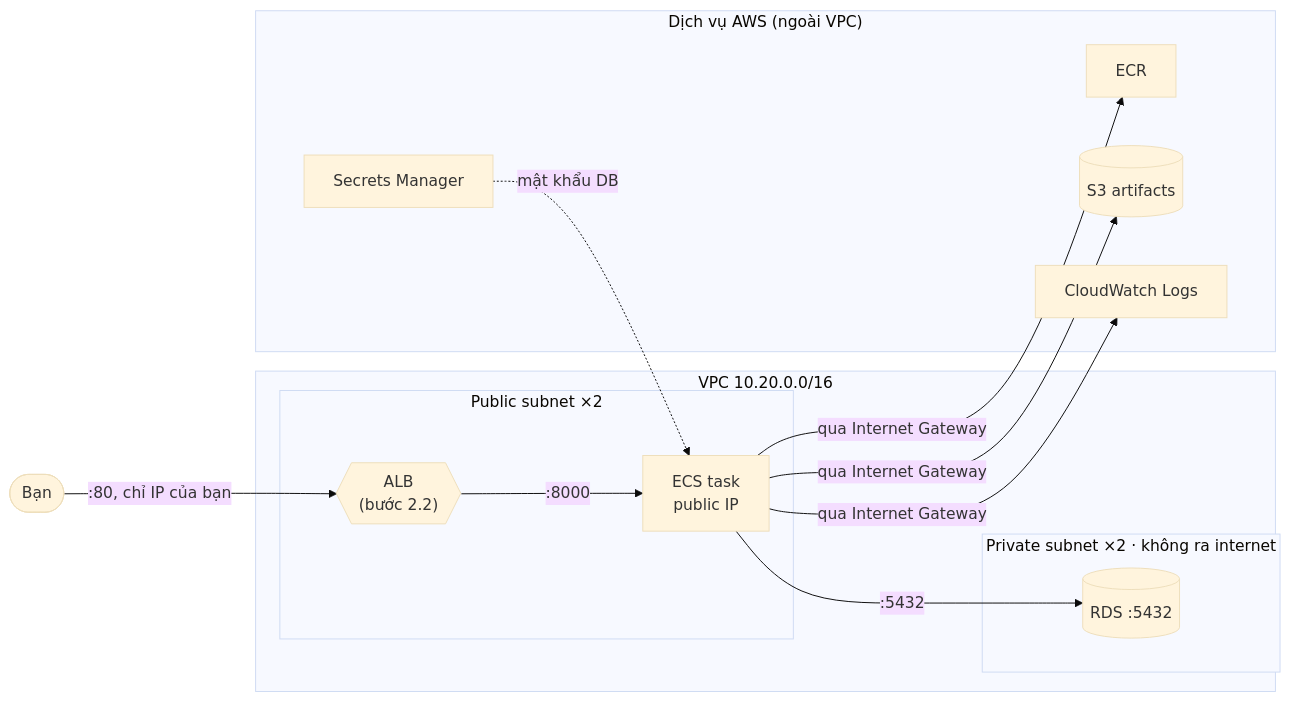
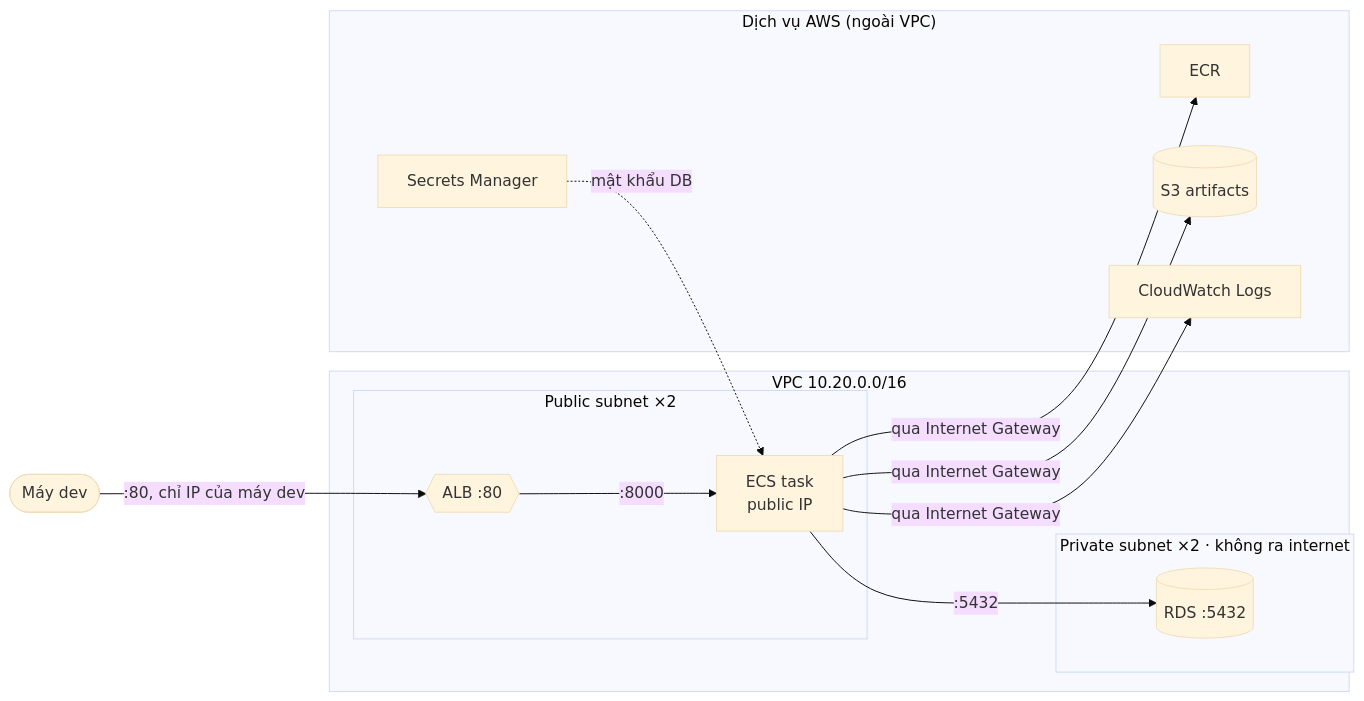
One commit to Gaohonggg/GeolifeGPS-trajectory changed the third of 8 diagrams in docs/infra/overview.md. Above: the diagram before and after it, drawn with Mermaid (base theme). The commit also changed other lines of this file and 2 other files, not shown here.

````diff
--- a/docs/infra/overview.md
+++ b/docs/infra/overview.md
@@ -76,23 +79,23 @@
 ```mermaid
 flowchart LR
-  you(["Bạn"])
+  you(["Máy dev"])
   subgraph vpc["VPC 10.20.0.0/16"]
     subgraph pub["Public subnet ×2"]
-      alb{{"ALB<br/>(bước 2.2)"}}
+      alb{{"ALB :80"}}
       task["ECS task<br/>public IP"]
     end
     subgraph priv["Private subnet ×2 · không ra internet"]
       rds[("RDS :5432")]
     end
   end
   subgraph svc["Dịch vụ AWS (ngoài VPC)"]
     ecr["ECR"]
     s3[("S3 artifacts")]
     sm["Secrets Manager"]
     cw["CloudWatch Logs"]
   end
 
-  you -->|":80, chỉ IP của bạn"| alb -->|":8000"| task -->|":5432"| rds
+  you -->|":80, chỉ IP của máy dev"| alb -->|":8000"| task -->|":5432"| rds
   task -->|"qua Internet Gateway"| ecr & s3 & cw
   sm -.->|"mật khẩu DB"| task
 ```
````
